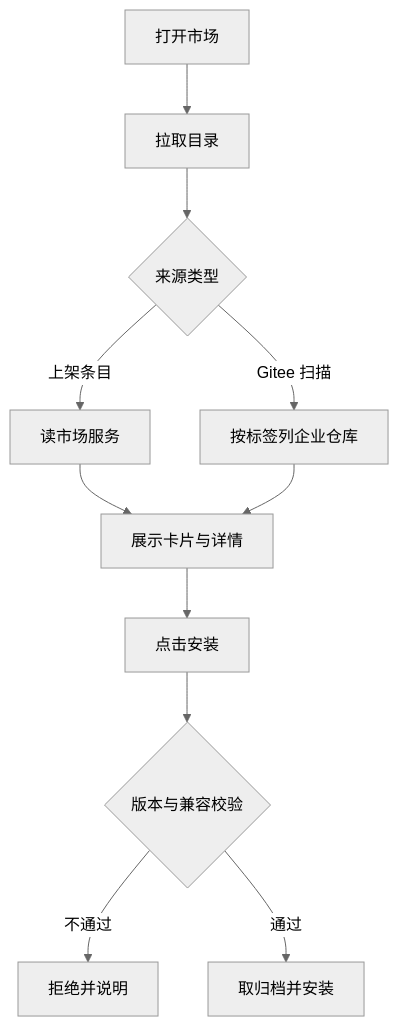
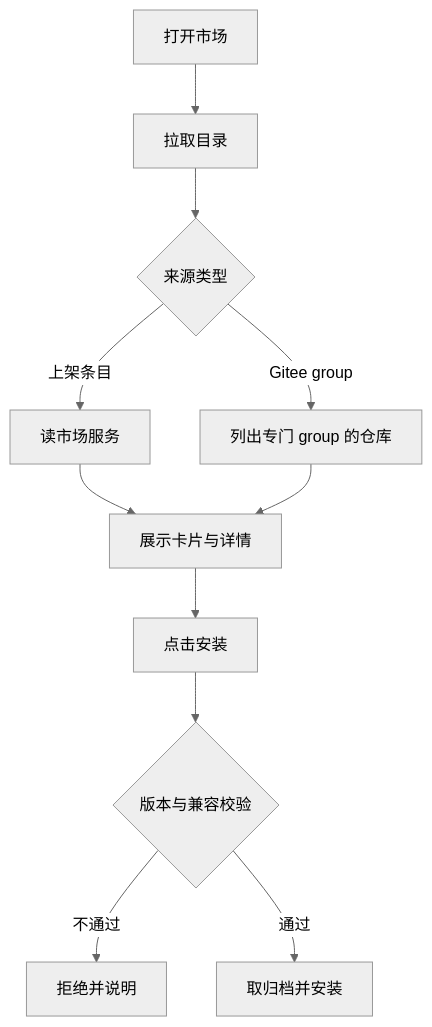
The first of 3 diagrams in docs/design/plugins/forge-market.md (hrygo/heluo-forge), drawn with Mermaid (neutral theme) before and after one commit. The commit also changed other lines of this file and 3 other files, not shown here.

First line of the commit message:
docs: discover plugins from one dedicated Gitee group

````diff
--- a/docs/design/plugins/forge-market.md
+++ b/docs/design/plugins/forge-market.md
@@ -110,13 +110,13 @@
 ```mermaid
 flowchart TD
   A[打开市场] --> B[拉取目录]
   B --> C{来源类型}
   C -->|上架条目| D[读市场服务]
-  C -->|Gitee 扫描| E[按标签列企业仓库]
+  C -->|Gitee group| E[列出专门 group 的仓库]
   D --> F[展示卡片与详情]
   E --> F
   F --> G[点击安装]
   G --> H{版本与兼容校验}
   H -->|不通过| I[拒绝并说明]
   H -->|通过| J[取归档并安装]
 ```
````
